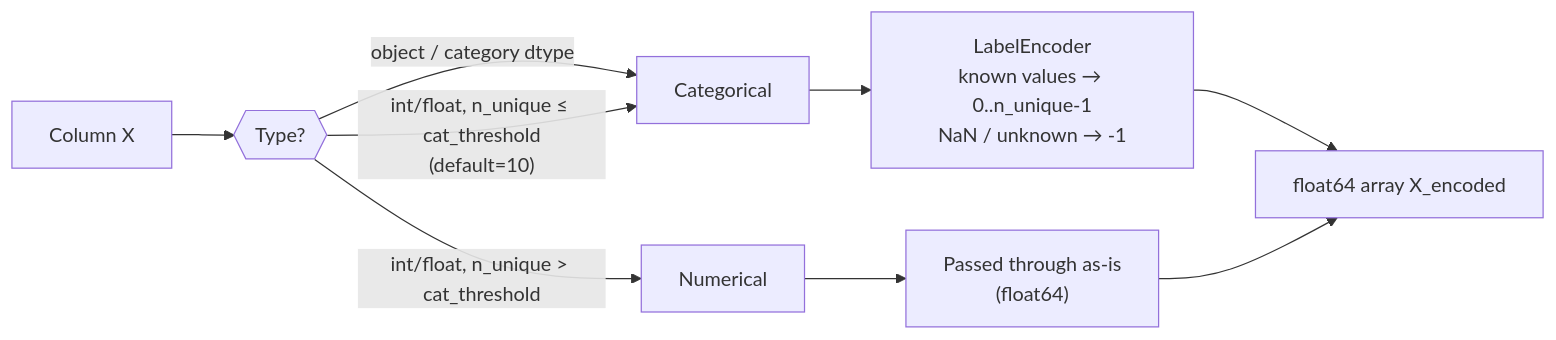
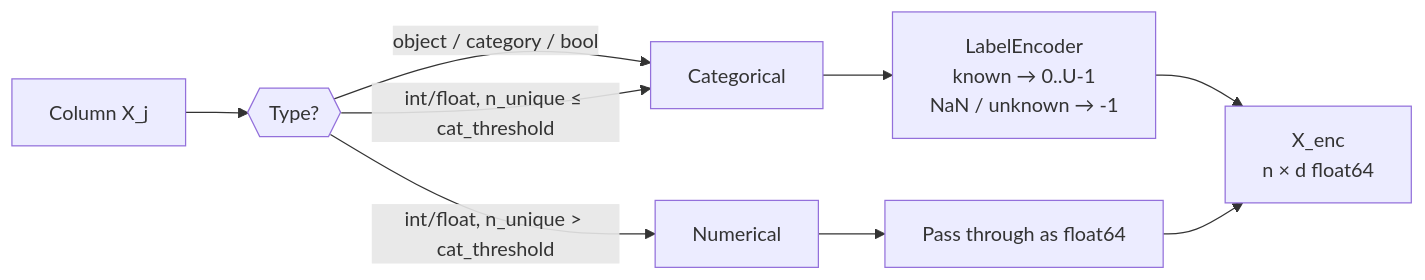
One commit to 4eshireCat/forest_clustering changed the second of 8 diagrams in ALGORITHM.md. Above: the diagram before and after it, drawn with Mermaid. The commit also changed other lines of this file and 17 other files, not shown here.

````diff
--- a/ALGORITHM.md
+++ b/ALGORITHM.md
@@ -63,14 +60,10 @@
 ```mermaid
 flowchart LR
-    A["Column X"] --> B{{"Type?"}}
-
-    B -->|"object / category dtype"| C["Categorical"]
-    B -->|"int/float, n_unique ≤ cat_threshold\n(default=10)"| C
+    A["Column X_j"] --> B{{"Type?"}}
+    B -->|"object / category / bool"| C["Categorical"]
+    B -->|"int/float, n_unique ≤ cat_threshold"| C
     B -->|"int/float, n_unique > cat_threshold"| D["Numerical"]
-
-    C --> C1["LabelEncoder\nknown values → 0..n_unique-1\nNaN / unknown → -1"]
-    D --> D1["Passed through as-is\n(float64)"]
-
-    C1 --> E["float64 array X_encoded"]
-    D1 --> E
+    C --> C1["LabelEncoder<br/>known → 0..U-1<br/>NaN / unknown → -1"]
+    D --> D1["Pass through as float64"]
+    C1 & D1 --> E["X_enc<br/>n × d float64"]
 ```
````
